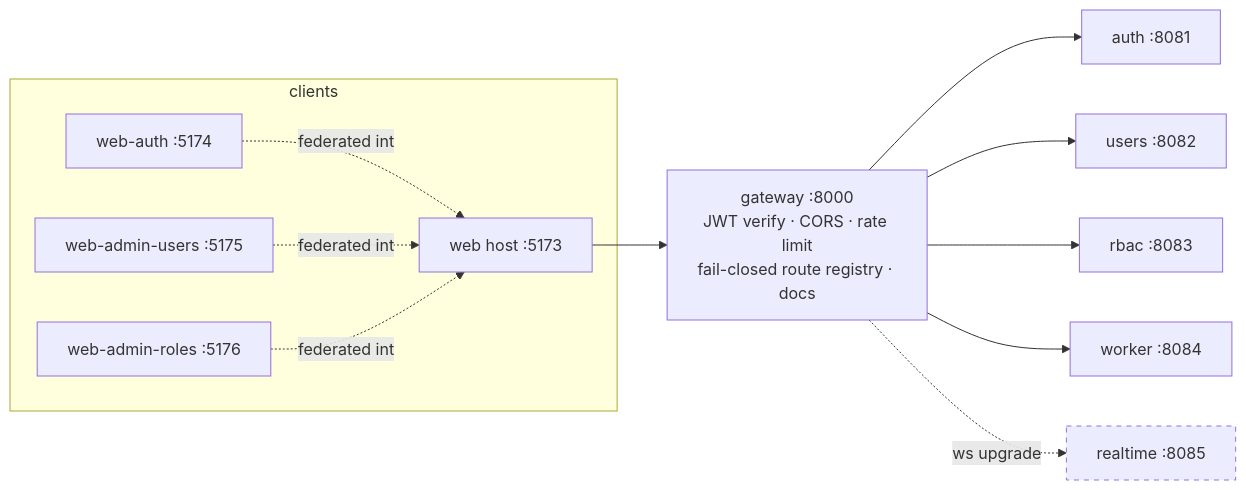
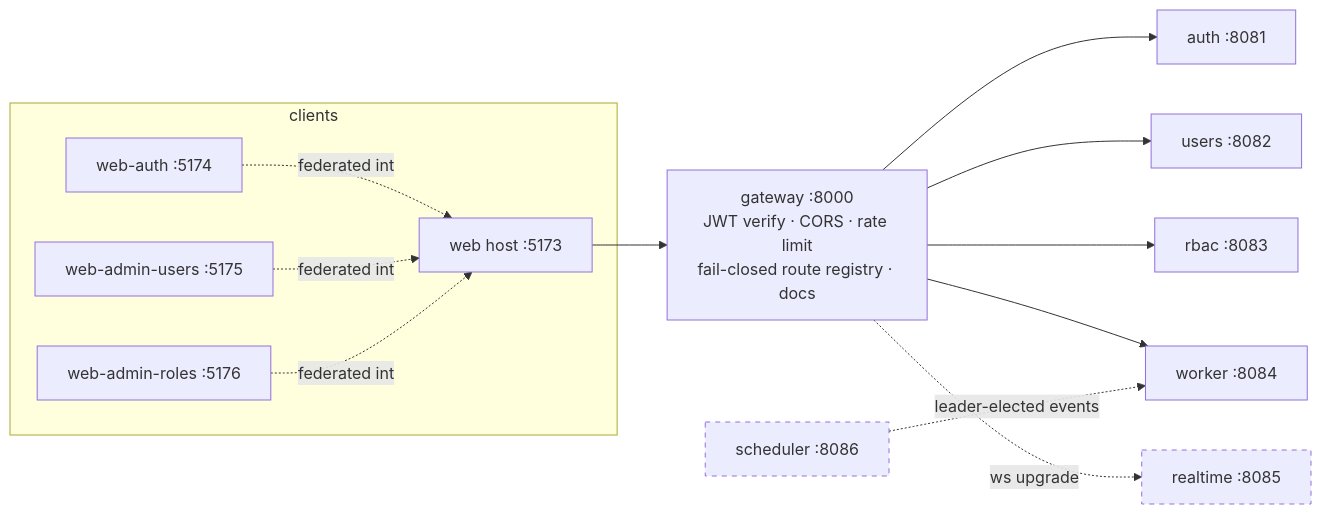
One commit to kochan4php/go-platform-starter changed the first of 5 diagrams in docs/ARCHITECTURE.md. Above: the diagram before and after it, drawn with Mermaid. The commit also changed other lines of this file and 87 other files, not shown here.

Commit message:
feat: complete architecture and scalability engineering

````diff
--- a/docs/ARCHITECTURE.md
+++ b/docs/ARCHITECTURE.md
@@ -8,25 +8,27 @@
 ```mermaid
 flowchart LR
     subgraph clients
         W[web host :5173]
         R1[web-auth :5174]
         R2[web-admin-users :5175]
         R3[web-admin-roles :5176]
     end
     W --> GW
     R1 -.federated into.-> W
     R2 -.federated into.-> W
     R3 -.federated into.-> W
 
     GW[gateway :8000<br/>JWT verify · CORS · rate limit<br/>fail-closed route registry · docs]
 
     GW --> A[auth :8081]
     GW --> U[users :8082]
     GW --> RB[rbac :8083]
     GW --> WK[worker :8084]
 
     RT[realtime :8085]:::ws
     GW -. ws upgrade .-> RT
+    SC[scheduler :8086]:::ws
+    SC -. leader-elected events .-> WK
 
     classDef ws stroke-dasharray: 5 5
 ```
````
